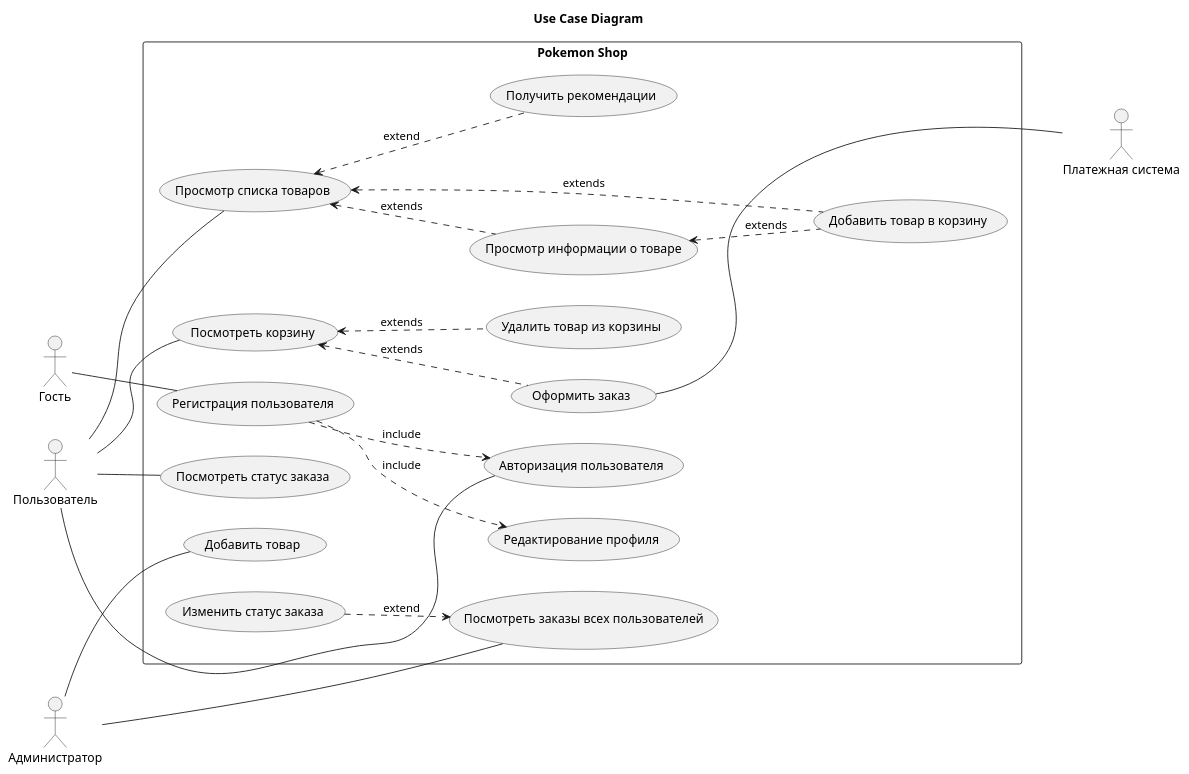
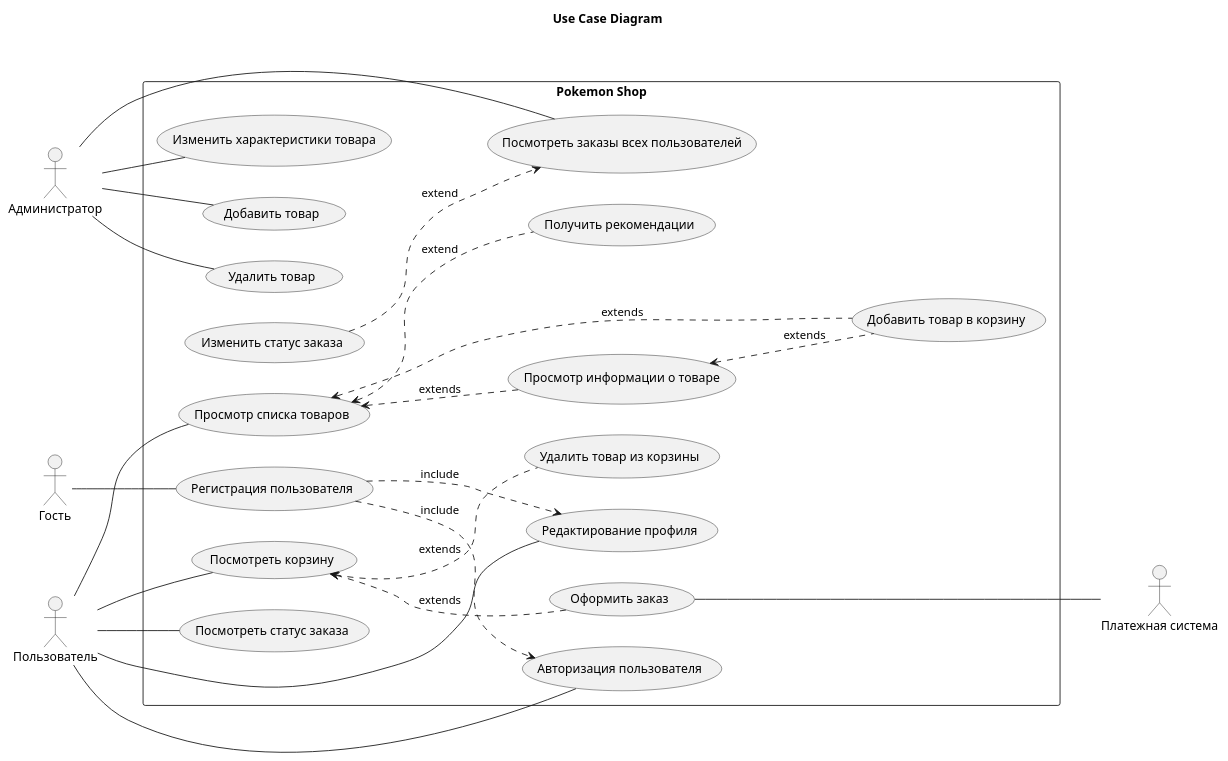
The diagram in Lab1/usecase.puml (AaLexUser/software-systems-architecture), drawn with PlantUML before and after one commit. The commit also changed 6 other files, not shown here.

```diff
--- a/Lab1/usecase.puml
+++ b/Lab1/usecase.puml
@@ -1,53 +1,58 @@
 @startuml usecase
 left to right direction
 ' skinparam linetype polyline
 skinparam packageStyle rectangle
 title "Use Case Diagram"
 
 actor "Платежная система" as PaymentSystem
 actor "Гость" as Guest
 actor "Пользователь" as User
 actor "Администратор" as Admin
 
 rectangle "Pokemon Shop" as App {
     usecase "Регистрация пользователя" as Registration
     usecase "Редактирование профиля" as EditProfile
     usecase "Авторизация пользователя" as Authorization
     usecase "Просмотр списка товаров" as ViewProducts
     usecase "Просмотр информации о товаре" as ViewProductInfo
     usecase "Добавить товар в корзину" as AddToCart
     usecase "Посмотреть корзину" as ViewCart
     usecase "Удалить товар из корзины" as DeleteFromCart
     usecase "Оформить заказ" as Checkout
     usecase "Посмотреть статус заказа" as ViewMyOrders
     usecase "Посмотреть заказы всех пользователей" as ViewUsersOrders
     usecase "Добавить товар" as AddItem
+    usecase "Удалить товар" as DeleteItem
+    usecase "Изменить характеристики товара" as EditItem
     usecase "Получить рекомендации" as GetRecomendations
     usecase "Изменить статус заказа" as ChangeOrderStatus
 
     (AddToCart) .up.> (ViewProducts) : extends
     (AddToCart) .up.> (ViewProductInfo) : extends
     (ViewProductInfo) .up.> (ViewProducts) : extends
     (DeleteFromCart) .up.> (ViewCart) : extends
     (Checkout) .up.> (ViewCart) : extends
     (Registration) ..> (Authorization) : include
     (Registration) ..> (EditProfile) : include
     (GetRecomendations) .up.> (ViewProducts) : extend
     (ChangeOrderStatus) ..> (ViewUsersOrders) : extend
 
     PaymentSystem -up-- Checkout
 
     Guest -- Registration
 
     User -- Authorization
     User -- ViewProducts
     User -- ViewCart
     User -- ViewMyOrders
+    User -- EditProfile
 
 
     Admin -- ViewUsersOrders
     Admin -- AddItem
+    Admin -- DeleteItem
+    Admin -- EditItem
 
 }
 
 @enduml
```
